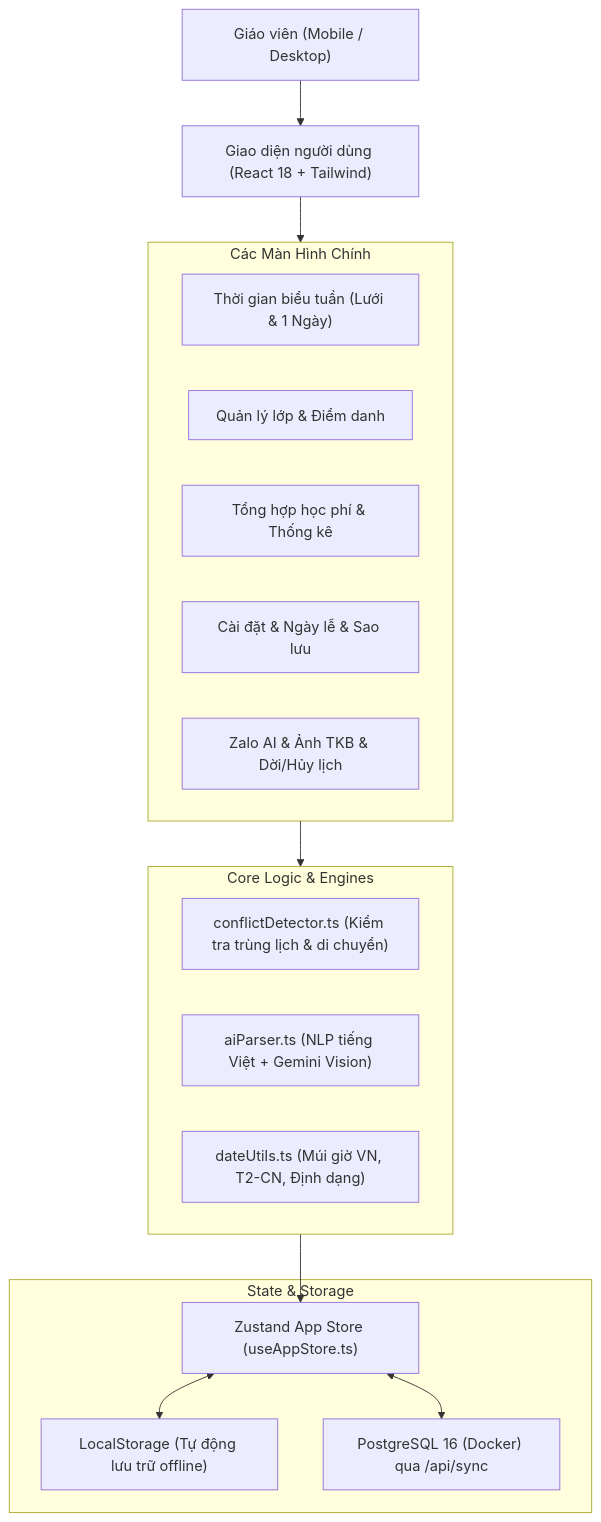
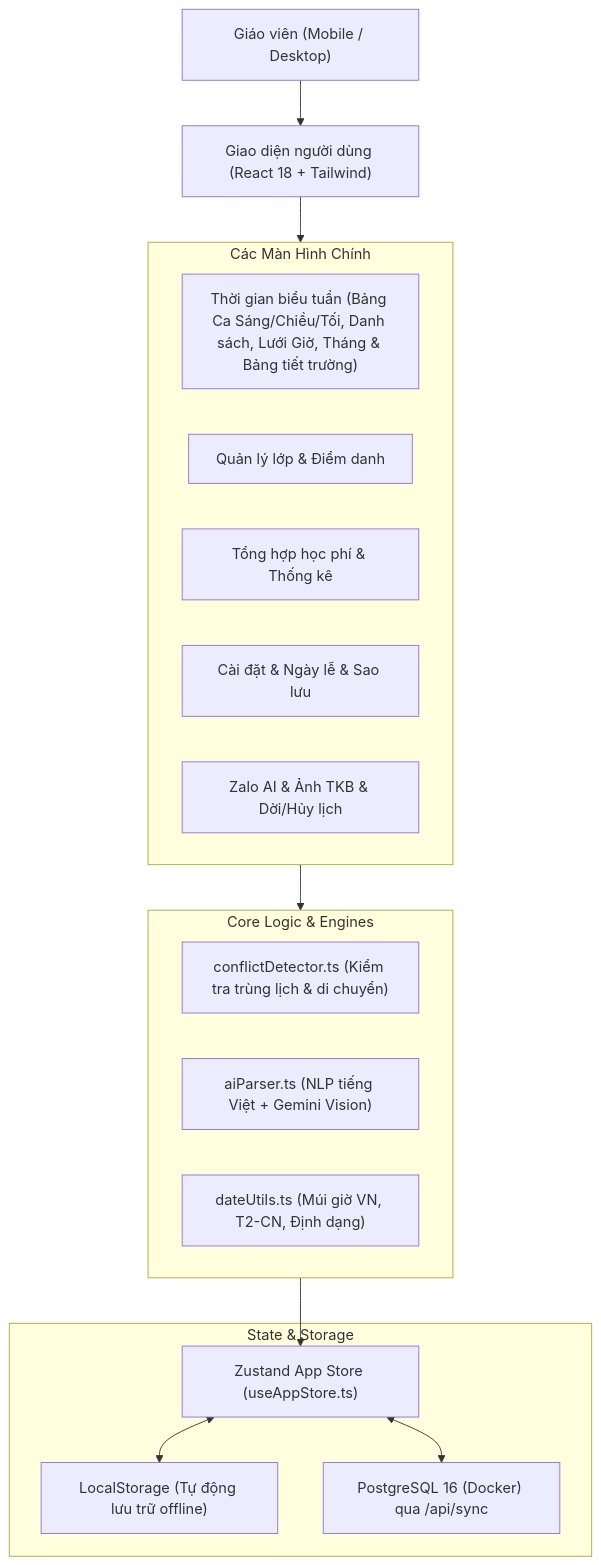
The diagram in doc/KIEN_TRUC_VA_MO_HINH_DU_LIEU.md (duynguyen1604/app_gv), drawn with Mermaid before and after one commit. The commit also changed other lines of this file and 80 other files, not shown here.

````diff
--- a/doc/KIEN_TRUC_VA_MO_HINH_DU_LIEU.md
+++ b/doc/KIEN_TRUC_VA_MO_HINH_DU_LIEU.md
@@ -11,32 +11,32 @@
 ```mermaid
 flowchart TD
     User["Giáo viên (Mobile / Desktop)"] --> UI["Giao diện người dùng (React 18 + Tailwind)"]
     
     subgraph UI_Modules["Các Màn Hình Chính"]
-        Schedule["Thời gian biểu tuần (Lưới & 1 Ngày)"]
+        Schedule["Thời gian biểu tuần (Bảng Ca Sáng/Chiều/Tối, Danh sách, Lưới Giờ, Tháng & Bảng tiết trường)"]
         Classes["Quản lý lớp & Điểm danh"]
         Fees["Tổng hợp học phí & Thống kê"]
         Settings["Cài đặt & Ngày lễ & Sao lưu"]
         Modals["Zalo AI & Ảnh TKB & Dời/Hủy lịch"]
     end
     
     UI --> UI_Modules
     
     subgraph Core_Engine["Core Logic & Engines"]
         Conflict["conflictDetector.ts (Kiểm tra trùng lịch & di chuyển)"]
         AI["aiParser.ts (NLP tiếng Việt + Gemini Vision)"]
         DateUtil["dateUtils.ts (Múi giờ VN, T2-CN, Định dạng)"]
     end
     
     UI_Modules --> Core_Engine
     
     subgraph State_Storage["State & Storage"]
         Store["Zustand App Store (useAppStore.ts)"]
         Local["LocalStorage (Tự động lưu trữ offline)"]
         Cloud["PostgreSQL 16 (Docker) qua /api/sync"]
     end
     
     Core_Engine --> Store
     Store <--> Local
     Store <--> Cloud
 ```
````
